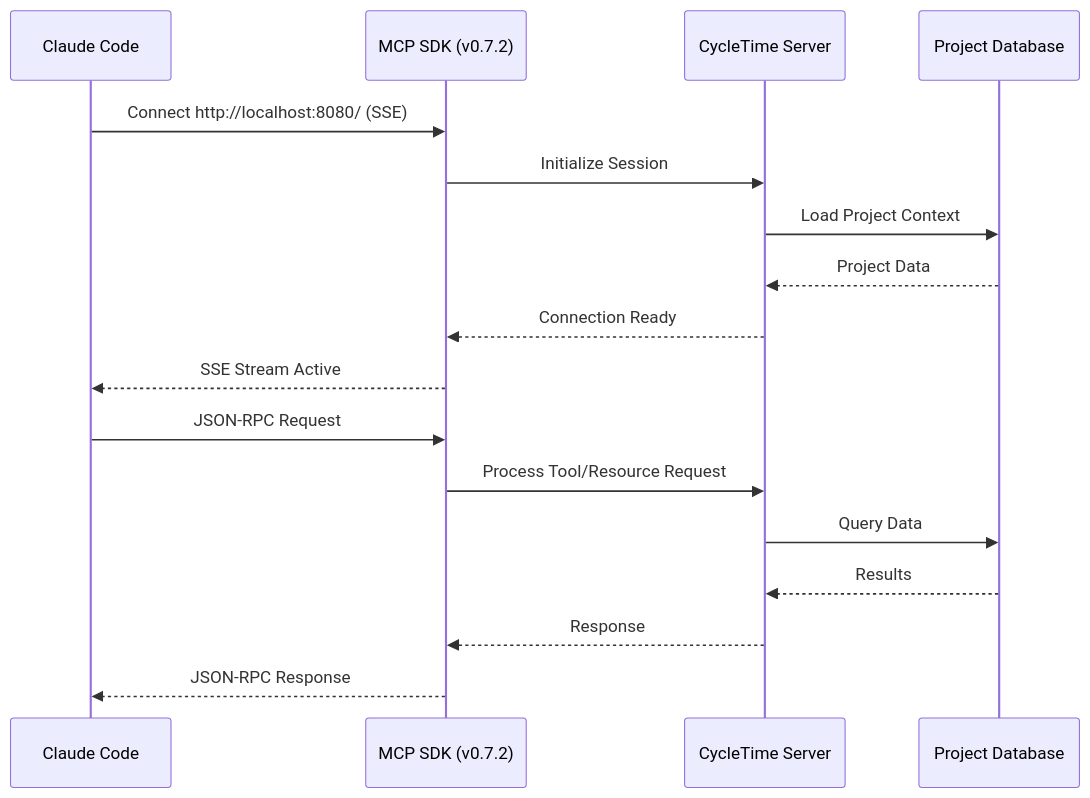
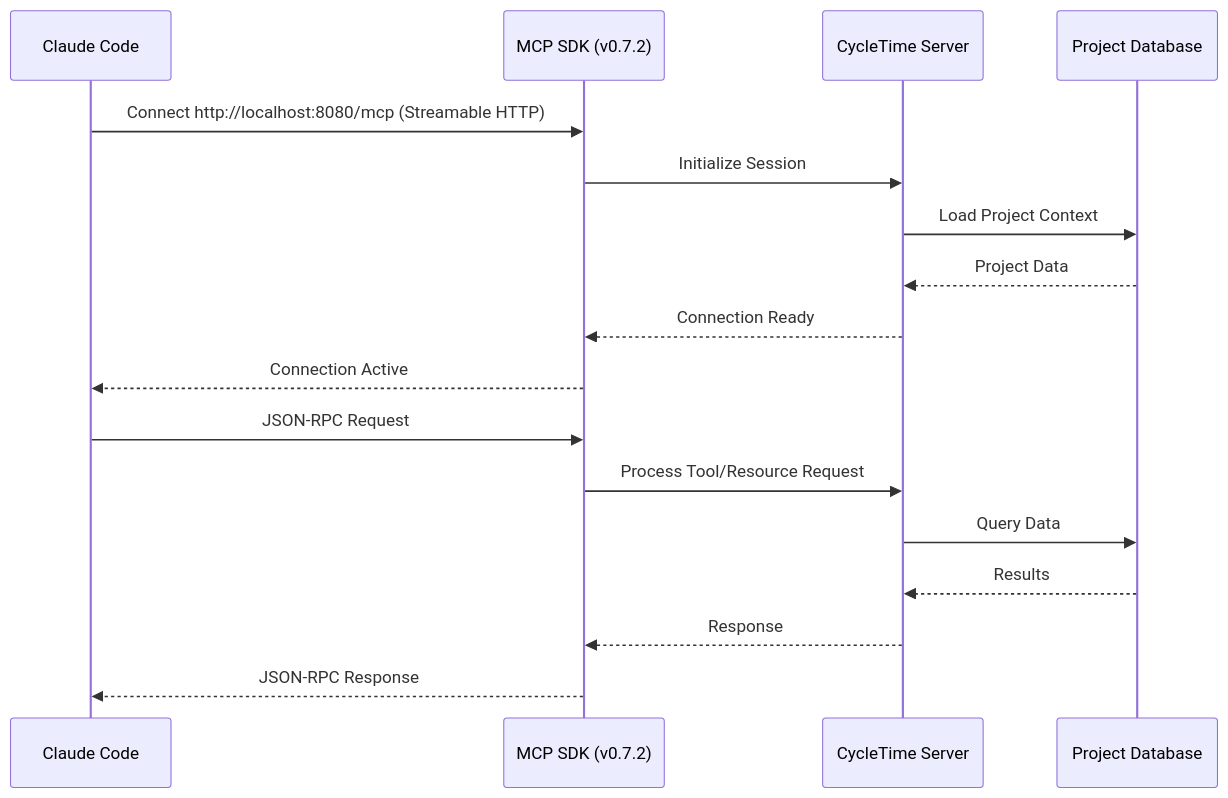
Before and after one commit to spiralhouse/cycletime: the diagram in docs/guides/getting-started/mcp-client-setup-guide.md, drawn with Mermaid. The commit also changed other lines of this file and 8 other files, not shown here.

First line of the commit message:
docs: update all SSE transport references to Streamable HTTP (SPI-763)

````diff
--- a/docs/guides/getting-started/mcp-client-setup-guide.md
+++ b/docs/guides/getting-started/mcp-client-setup-guide.md
@@ -30,21 +30,21 @@
 ```mermaid
 sequenceDiagram
     participant CC as Claude Code
     participant SDK as MCP SDK (v0.7.2)
     participant Server as CycleTime Server
     participant DB as Project Database
 
-    CC->>SDK: Connect http://localhost:8080/ (SSE)
+    CC->>SDK: Connect http://localhost:8080/mcp (Streamable HTTP)
     SDK->>Server: Initialize Session
     Server->>DB: Load Project Context
     DB-->>Server: Project Data
     Server-->>SDK: Connection Ready
-    SDK-->>CC: SSE Stream Active
+    SDK-->>CC: Connection Active
 
     CC->>SDK: JSON-RPC Request
     SDK->>Server: Process Tool/Resource Request
     Server->>DB: Query Data
     DB-->>Server: Results
     Server-->>SDK: Response
     SDK-->>CC: JSON-RPC Response
 ```
````
